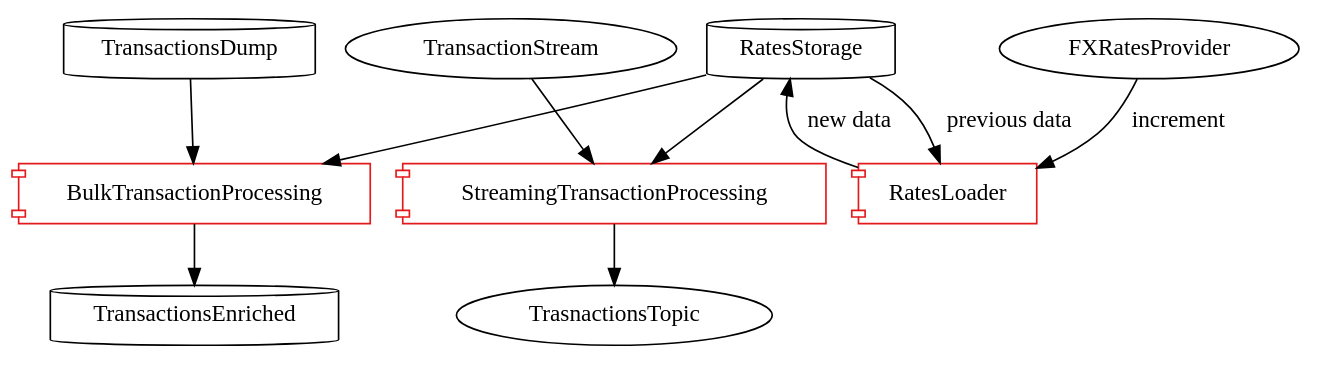
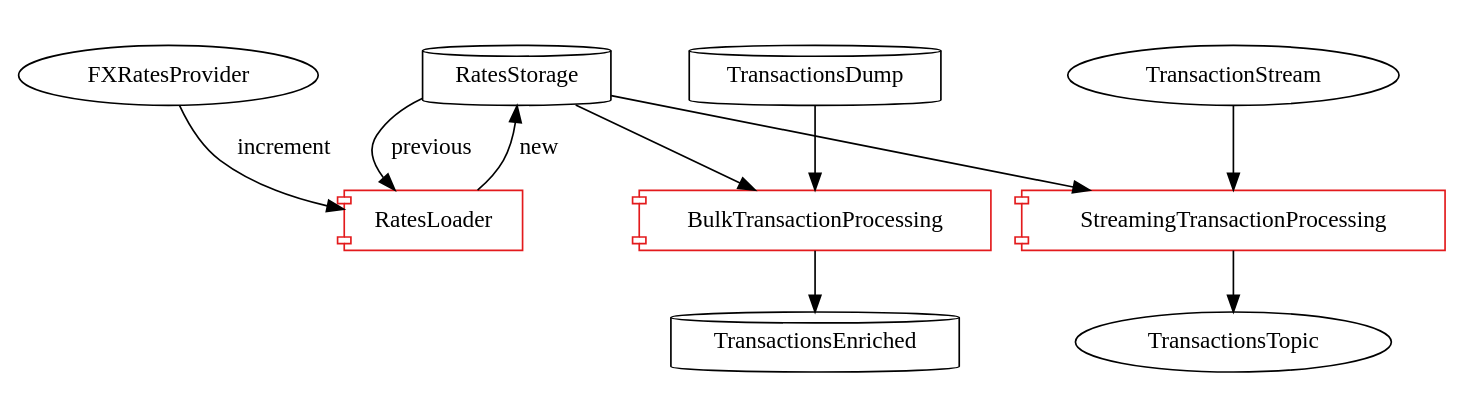
The diagram in README.org (velppa/spark-currency-conversion), drawn with Graphviz before and after one commit. The commit also changed other lines of this file and 1 other file, not shown here.

Commit message:
Adjust flow graph

```diff
--- a/README.org
+++ b/README.org
@@ -26,30 +26,32 @@
 #+begin_src dot :file assets/flow.svg :exports results
 
 digraph CurrencyConversion {
 node[colorscheme=paired8]
 
+subgraph cluster_Rates{
+  style=invis
+  RatesStorage [shape=cylinder]
+  RatesLoader [shape=component; color=6]
+}
+
 {
-  RatesStorage [shape=cylinder]
   TransactionsDump [shape=cylinder]
   TransactionsEnriched [shape=cylinder]
-
-  RatesLoader [shape=component; color=6]
   BulkTransactionProcessing [shape=component; color=6]
   StreamingTransactionProcessing [shape=component; color=6]
 }
 
-RatesStorage -> RatesLoader [label="previous data"]
-FXRatesProvider -> RatesLoader [label="increment"]
-RatesLoader -> RatesStorage [label="new data"]
+RatesStorage -> RatesLoader [label="previous   "]
+FXRatesProvider -> RatesLoader [label="increment   "]
+RatesLoader -> RatesStorage [label="new   "]
 
 TransactionsDump -> BulkTransactionProcessing
 RatesStorage -> BulkTransactionProcessing
 BulkTransactionProcessing -> TransactionsEnriched
 
 TransactionStream -> StreamingTransactionProcessing
 RatesStorage -> StreamingTransactionProcessing
-
-StreamingTransactionProcessing -> TrasnactionsTopic
+StreamingTransactionProcessing -> TransactionsTopic
 }
 
 #+end_src
```
